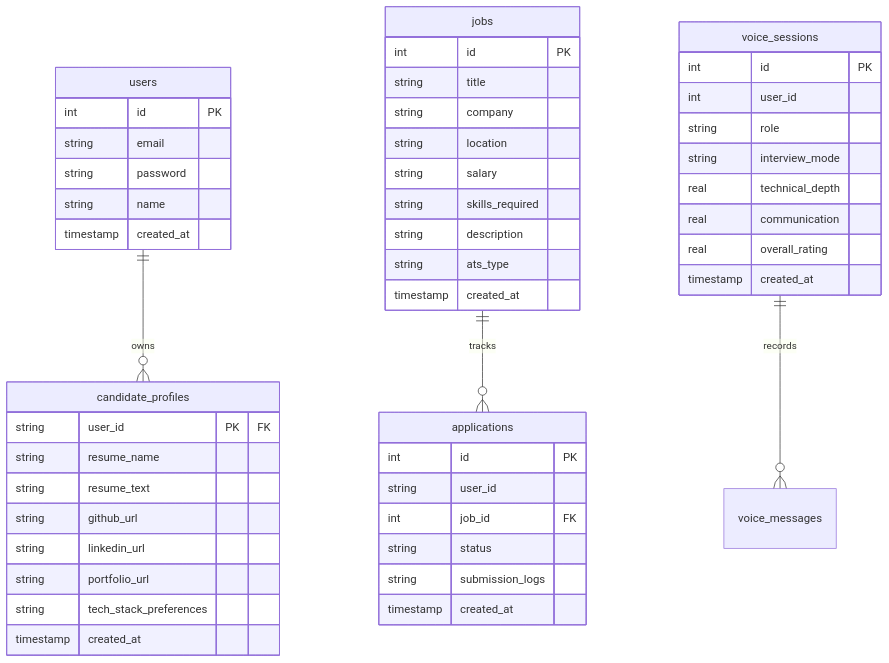
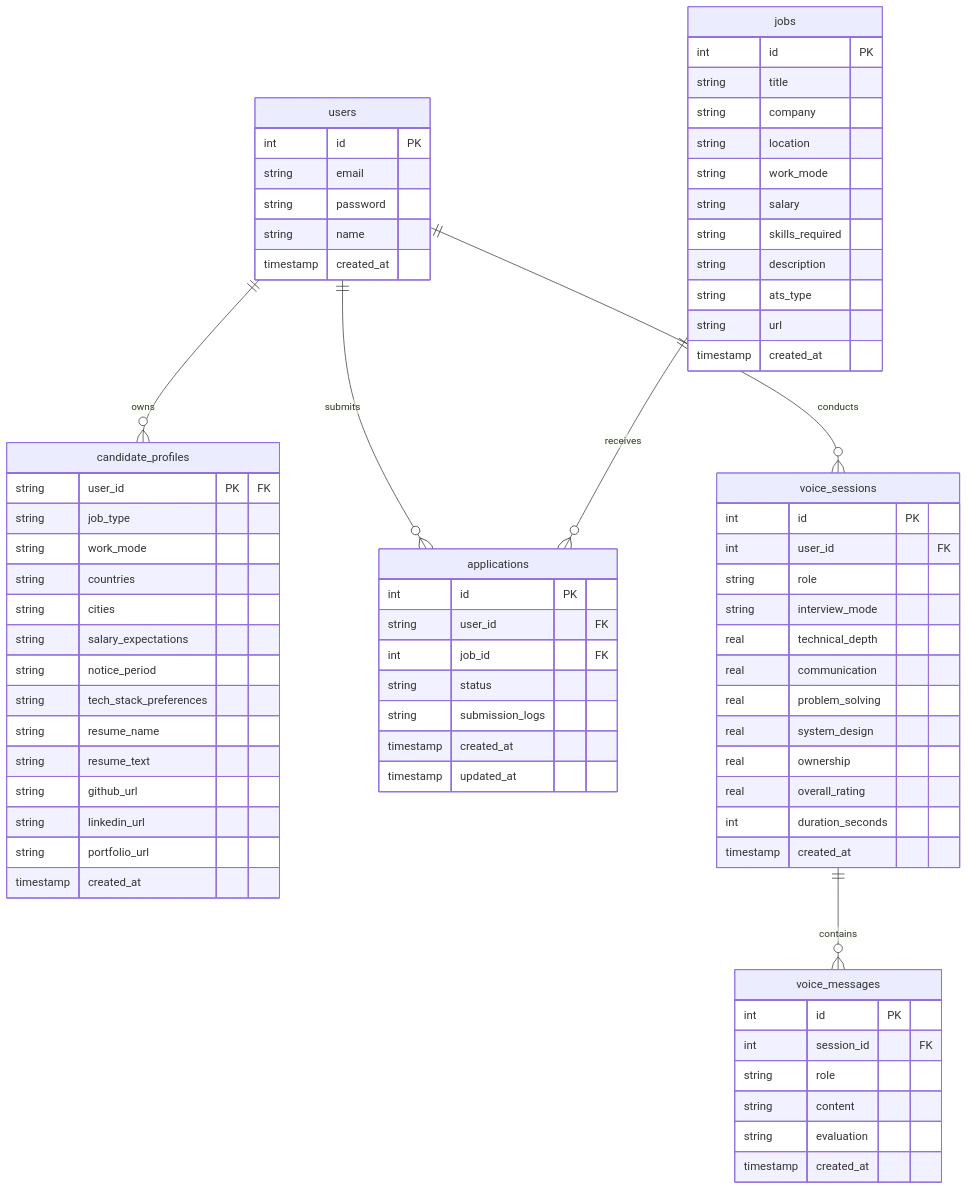
The third of 3 diagrams in README.md (ApurveKaranwal/PrepAI), drawn with Mermaid before and after one commit. The commit also changed other lines of this file, not shown here.

Commit message:
docs: comprehensive in-depth rewrite of README.md with models, polyglot sandbox architecture, AST radar, and API reference

````diff
--- a/README.md
+++ b/README.md
@@ -166,52 +316,81 @@
 ```mermaid
 erDiagram
     users ||--o{ candidate_profiles : "owns"
+    users ||--o{ applications : "submits"
+    users ||--o{ voice_sessions : "conducts"
+    jobs ||--o{ applications : "receives"
+    voice_sessions ||--o{ voice_messages : "contains"
+
     users {
         int id PK
         string email
         string password
         string name
         timestamp created_at
     }
+
     candidate_profiles {
         string user_id PK "FK"
+        string job_type
+        string work_mode
+        string countries
+        string cities
+        string salary_expectations
+        string notice_period
+        string tech_stack_preferences
         string resume_name
         string resume_text
         string github_url
         string linkedin_url
         string portfolio_url
-        string tech_stack_preferences
         timestamp created_at
     }
-    jobs ||--o{ applications : "tracks"
+
     jobs {
         int id PK
         string title
         string company
         string location
+        string work_mode
         string salary
         string skills_required
         string description
         string ats_type
+        string url
         timestamp created_at
     }
+
     applications {
         int id PK
-        string user_id
-        int job_id FK
+        string user_id "FK"
+        int job_id "FK"
         string status
         string submission_logs
         timestamp created_at
+        timestamp updated_at
     }
-    voice_sessions ||--o{ voice_messages : "records"
+
     voice_sessions {
         int id PK
-        int user_id
+        int user_id "FK"
         string role
         string interview_mode
         real technical_depth
         real communication
+        real problem_solving
+        real system_design
+        real ownership
         real overall_rating
+        int duration_seconds
+        timestamp created_at
+    }
+
+    voice_messages {
+        int id PK
+        int session_id "FK"
+        string role
+        string content
+        string evaluation
         timestamp created_at
     }
 ```
````
